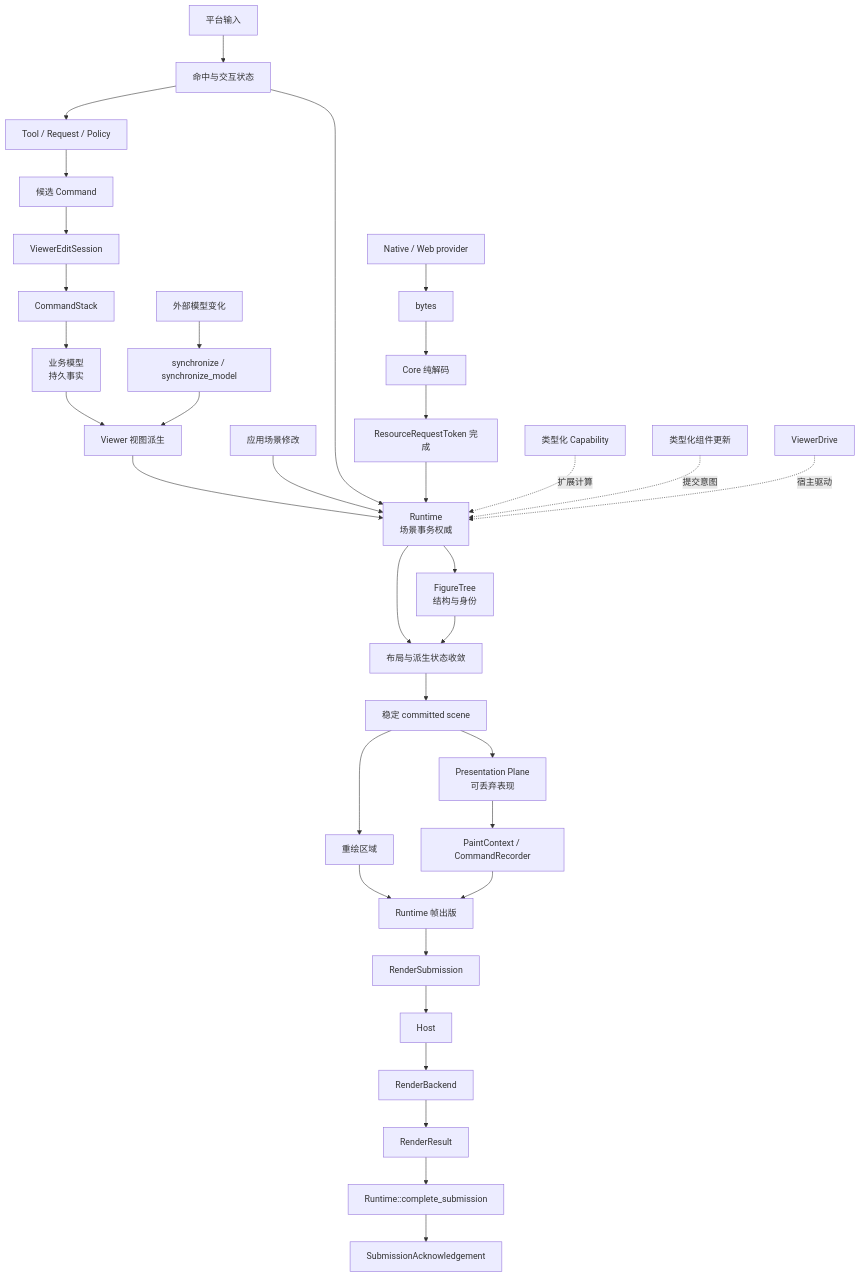
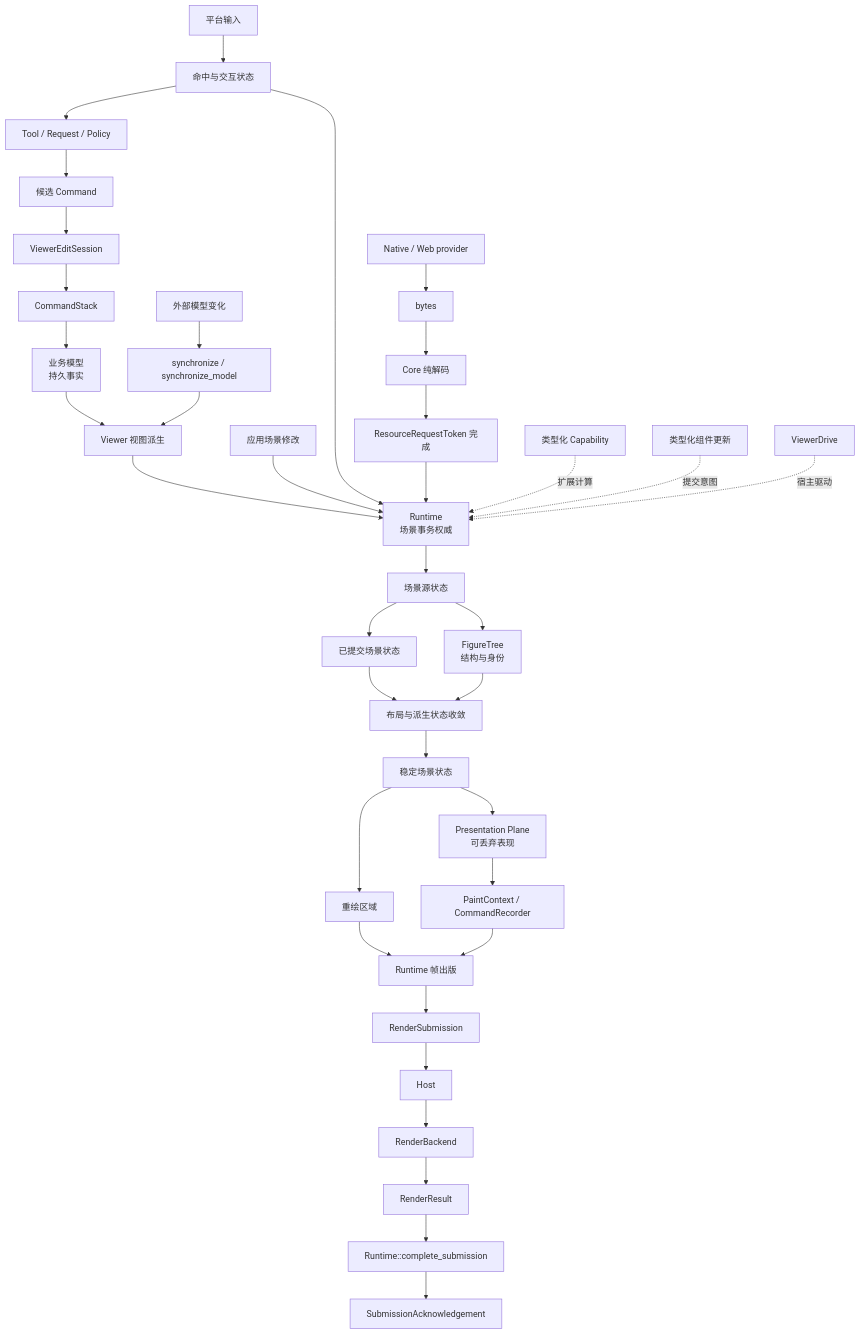
Before and after one commit to yezhang/novadraw: the first of 6 diagrams in engine/wasm_rust/novadraw/book/internals/src/appendix-concept-map.md, drawn with Mermaid. The commit also changed other lines of this file and 26 other files, not shown here.

````diff
--- a/engine/wasm_rust/novadraw/book/internals/src/appendix-concept-map.md
+++ b/engine/wasm_rust/novadraw/book/internals/src/appendix-concept-map.md
@@ -10,43 +10,45 @@
 ```mermaid
 flowchart TD
     Model[业务模型<br/>持久事实] --> View[Viewer 视图派生]
     Input[平台输入] --> Interaction[命中与交互状态]
     Interaction --> Editing[Tool / Request / Policy]
     Editing --> Command[候选 Command]
     Command --> EditSession[ViewerEditSession]
     EditSession --> Stack[CommandStack]
     Stack --> Model
 
     External[外部模型变化] --> Synchronize[synchronize / synchronize_model]
     Synchronize --> View
 
     View --> Runtime[Runtime<br/>场景事务权威]
     App[应用场景修改] --> Runtime
     Interaction --> Runtime
 
-    Runtime --> Tree[FigureTree<br/>结构与身份]
-    Runtime --> Stabilize[布局与派生状态收敛]
+    Runtime --> Source[场景源状态]
+    Source --> Tree[FigureTree<br/>结构与身份]
+    Source --> Committed[已提交场景状态]
+    Committed --> Stabilize[布局与派生状态收敛]
     Tree --> Stabilize
-    Stabilize --> Stable[稳定 committed scene]
+    Stabilize --> Stable[稳定场景状态]
 
     Stable --> Presentation[Presentation Plane<br/>可丢弃表现]
     Presentation --> Record[PaintContext / CommandRecorder]
     Stable --> Damage[重绘区域]
     Damage --> Publish[Runtime 帧出版]
     Record --> Publish
     Publish --> Submission[RenderSubmission]
     Submission --> Host[Host]
     Host --> Backend[RenderBackend]
     Backend --> Result[RenderResult]
     Result --> Complete[Runtime::complete_submission]
     Complete --> Ack[SubmissionAcknowledgement]
 
     Provider[Native / Web provider] --> Bytes[bytes]
     Bytes --> Decode[Core 纯解码]
     Decode --> Token[ResourceRequestToken 完成]
     Token --> Runtime
 
     Capability[类型化 Capability] -.扩展计算.-> Runtime
     Component[类型化组件更新] -.提交意图.-> Runtime
     Drive[ViewerDrive] -.宿主驱动.-> Runtime
 ```
````
